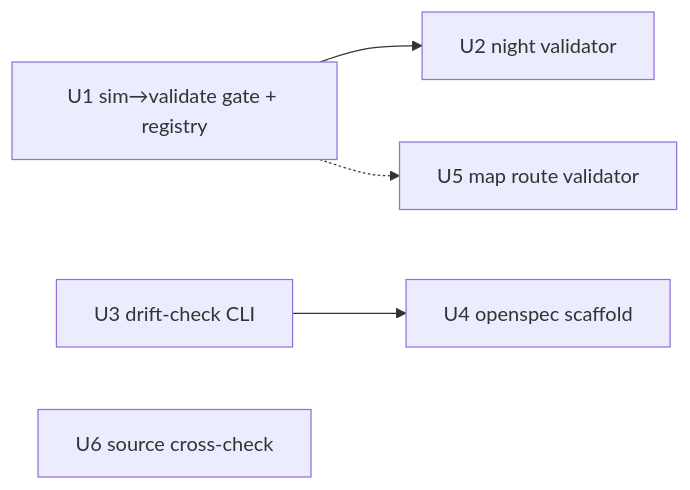
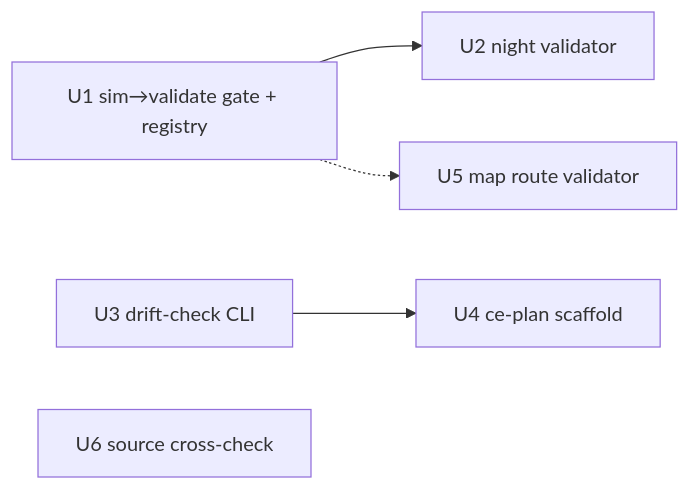
The second of 2 diagrams in docs/plans/2026-06-15-002-feat-battle-map-client-sync-loop-plan.md (master-g/emukc), drawn with Mermaid before and after one commit. The commit also changed other lines of this file, not shown here.

First line of the commit message:
docs(plans): repoint client-sync U4 scaffold from openspec to ce-plan

````diff
--- a/docs/plans/2026-06-15-002-feat-battle-map-client-sync-loop-plan.md
+++ b/docs/plans/2026-06-15-002-feat-battle-map-client-sync-loop-plan.md
@@ -118,12 +118,12 @@
 ```mermaid
 flowchart LR
   U1["U1 sim→validate gate + registry"]
   U2["U2 night validator"]
   U3["U3 drift-check CLI"]
-  U4["U4 openspec scaffold"]
+  U4["U4 ce-plan scaffold"]
   U5["U5 map route validator"]
   U6["U6 source cross-check"]
   U1 --> U2
   U3 --> U4
   U1 -.-> U5
 ```
````
